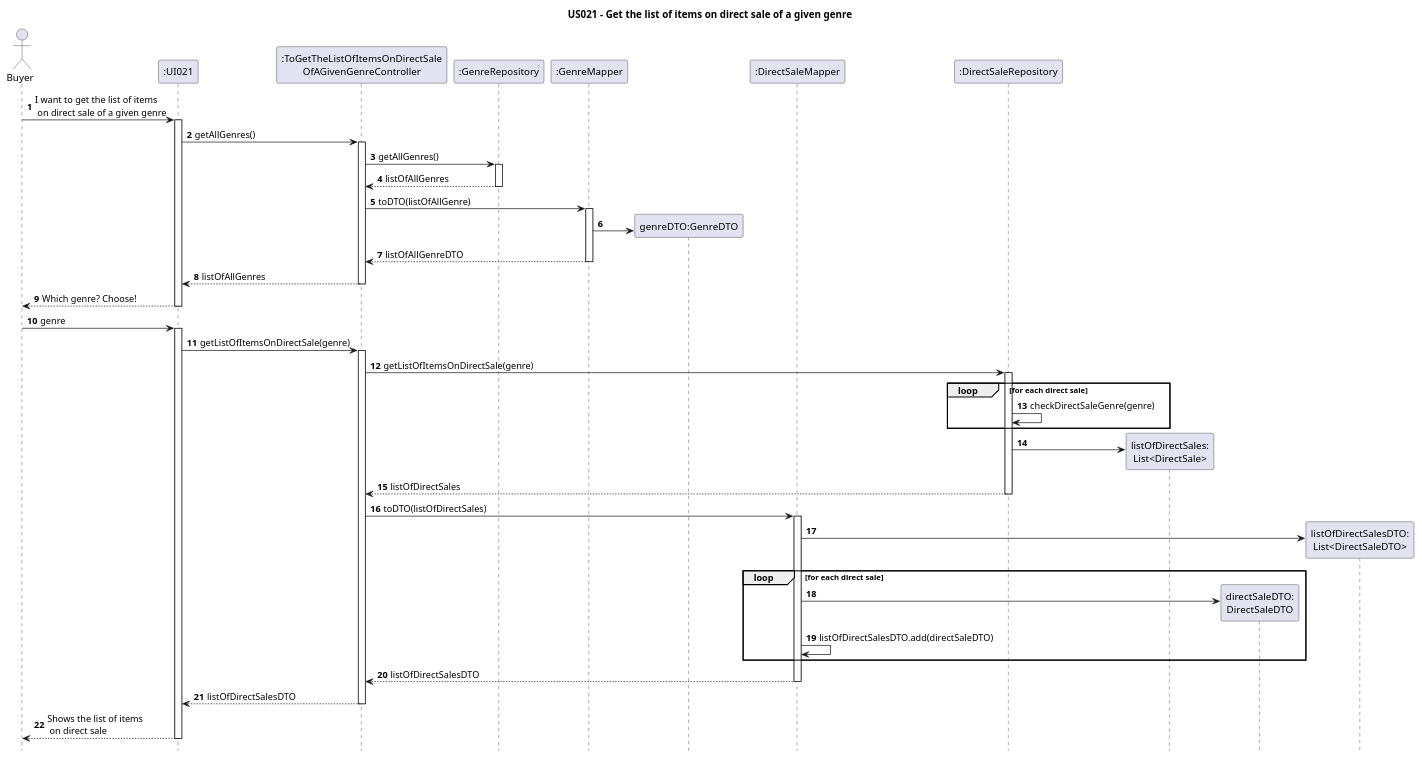
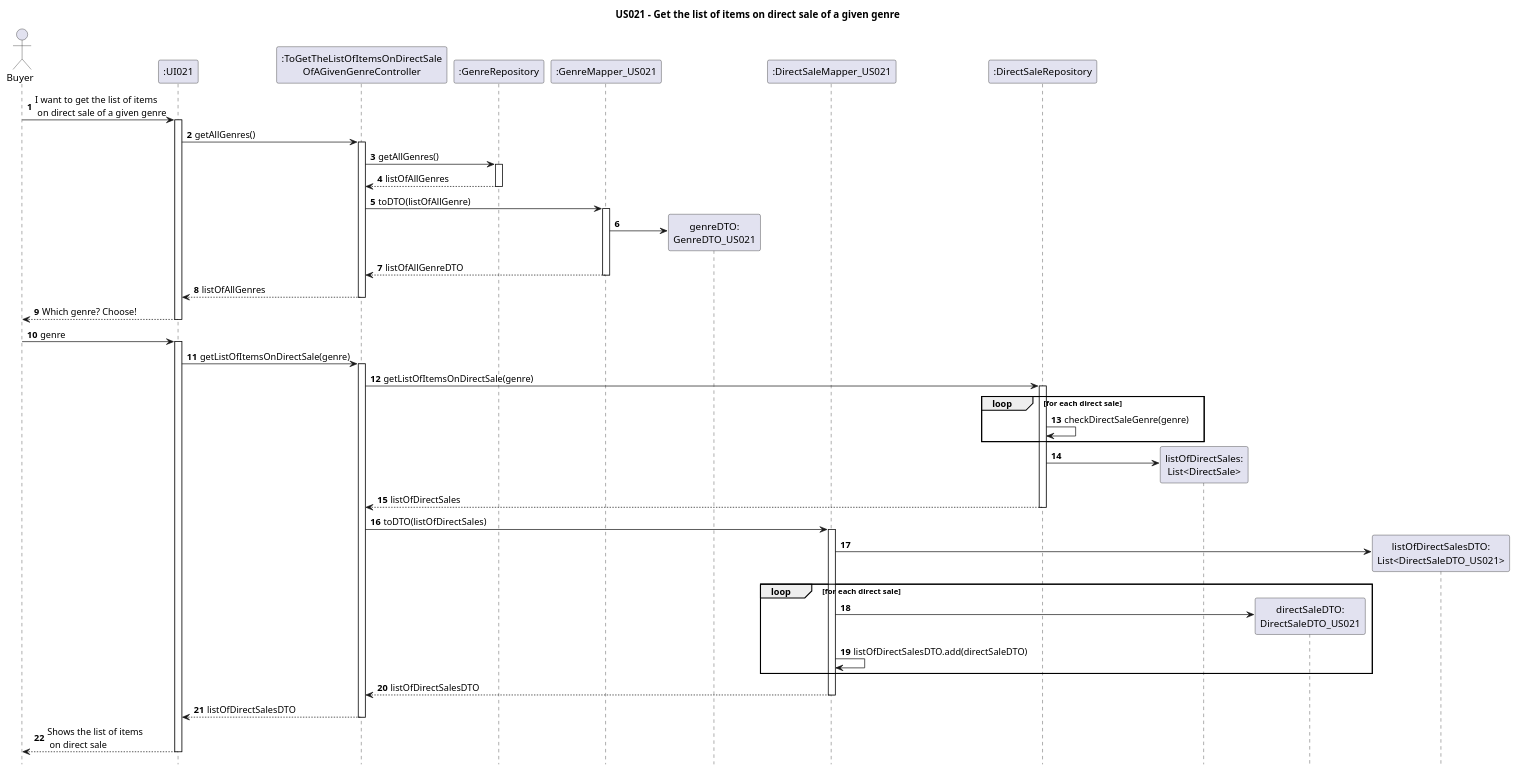
Before and after one commit to AndrePereiraGitH/SWitCH-Project-Team_A: the diagram in Diagrams/SequenceDiagrams/N2/US021-to-get-the-list-of-items-on-direct-sale-of-a-given-genre.puml, drawn with PlantUML. The commit also changed 3 other files, not shown here.

Commit message:
Working on #120, #74, #70, #72, name correction of DTO and Mapper

```diff
--- a/Diagrams/SequenceDiagrams/N2/US021-to-get-the-list-of-items-on-direct-sale-of-a-given-genre.puml
+++ b/Diagrams/SequenceDiagrams/N2/US021-to-get-the-list-of-items-on-direct-sale-of-a-given-genre.puml
@@ -1,99 +1,99 @@
 @startuml
 autonumber
 hide footbox
 title US021 - Get the list of items on direct sale of a given genre
 
 actor Buyer
 
 ' Participants
 participant ":UI021" as UI
 participant ":ToGetTheListOfItemsOnDirectSale\nOfAGivenGenreController" as Ctrl
 participant ":GenreRepository" as GenreRepo
-participant ":GenreMapper" as GenreMapper
-participant "genreDTO:GenreDTO" as GenreDTO
-participant ":DirectSaleMapper" as Mapper
+participant ":GenreMapper_US021" as GenreMapper_US021
+participant "genreDTO:\nGenreDTO_US021" as GenreDTO
+participant ":DirectSaleMapper_US021" as Mapper
 participant ":DirectSaleRepository" as DirectSaleRepo
 participant "listOfDirectSales:\nList<DirectSale>" as ListDS
 'participant ":DirectSale" as DirectSaleDomain
-participant "directSaleDTO:\nDirectSaleDTO" as DTO
-participant "listOfDirectSalesDTO:\nList<DirectSaleDTO>" as ListDTO
+participant "directSaleDTO:\nDirectSaleDTO_US021" as DTO
+participant "listOfDirectSalesDTO:\nList<DirectSaleDTO_US021>" as ListDTO
 
 
 ' Interactions
 Buyer -> UI : I want to get the list of items\n on direct sale of a given genre
 activate UI
 
 UI -> Ctrl : getAllGenres()
 activate Ctrl
 
 Ctrl -> GenreRepo : getAllGenres()
 activate GenreRepo
 GenreRepo --> Ctrl : listOfAllGenres
 deactivate GenreRepo
 
-Ctrl -> GenreMapper: toDTO(listOfAllGenre)
-activate GenreMapper
+Ctrl -> GenreMapper_US021: toDTO(listOfAllGenre)
+activate GenreMapper_US021
 /'
-GenreMapper -> GenreDTO ** : create()
+GenreMapper_US021 -> GenreDTO ** : create()
 activate GenreDTO
-GenreDTO --> GenreMapper: GenreDTO
+GenreDTO --> GenreMapper_US021: GenreDTO
 deactivate GenreDTO
-GenreMapper -> GenreMapper : listOfAllGenreDTO.add(GenreDTO)
+GenreMapper_US021 -> GenreMapper_US021 : listOfAllGenreDTO.add(GenreDTO)
 '/
-GenreMapper -> GenreDTO **
+GenreMapper_US021 -> GenreDTO **
 
-GenreMapper --> Ctrl: listOfAllGenreDTO
-deactivate GenreMapper
+GenreMapper_US021 --> Ctrl: listOfAllGenreDTO
+deactivate GenreMapper_US021
 
 Ctrl --> UI : listOfAllGenres
 deactivate Ctrl
 
 UI --> Buyer : Which genre? Choose!
 deactivate UI
 
 Buyer -> UI : genre
 activate UI
 
 UI -> Ctrl : getListOfItemsOnDirectSale(genre)
 activate Ctrl
 
 Ctrl -> DirectSaleRepo : getListOfItemsOnDirectSale(genre)
 activate DirectSaleRepo
 
 loop for each direct sale
     DirectSaleRepo -> DirectSaleRepo : checkDirectSaleGenre(genre)
 end
 
 DirectSaleRepo -> ListDS ** :
 DirectSaleRepo --> Ctrl : listOfDirectSales
 deactivate DirectSaleRepo
 
 Ctrl -> Mapper : toDTO(listOfDirectSales)
 activate Mapper
 Mapper -> ListDTO ** :
 
     loop for each direct sale
         'Mapper -> DirectSaleDomain : getDetails()
         'activate DirectSaleDomain
         'DirectSaleDomain --> Mapper : details
         'deactivate DirectSaleDomain
 
         'Mapper -> DTO ** : create(details)
         Mapper -> DTO **
         'activate DTO
         'DTO --> Mapper : directSaleDTO
         'deactivate DTO
 
         Mapper -> Mapper : listOfDirectSalesDTO.add(directSaleDTO)
     end
 
 Mapper --> Ctrl : listOfDirectSalesDTO
 deactivate Mapper
 
 Ctrl --> UI : listOfDirectSalesDTO
 deactivate Ctrl
 
 UI --> Buyer : Shows the list of items\n on direct sale
 deactivate UI
 
 @enduml
```
